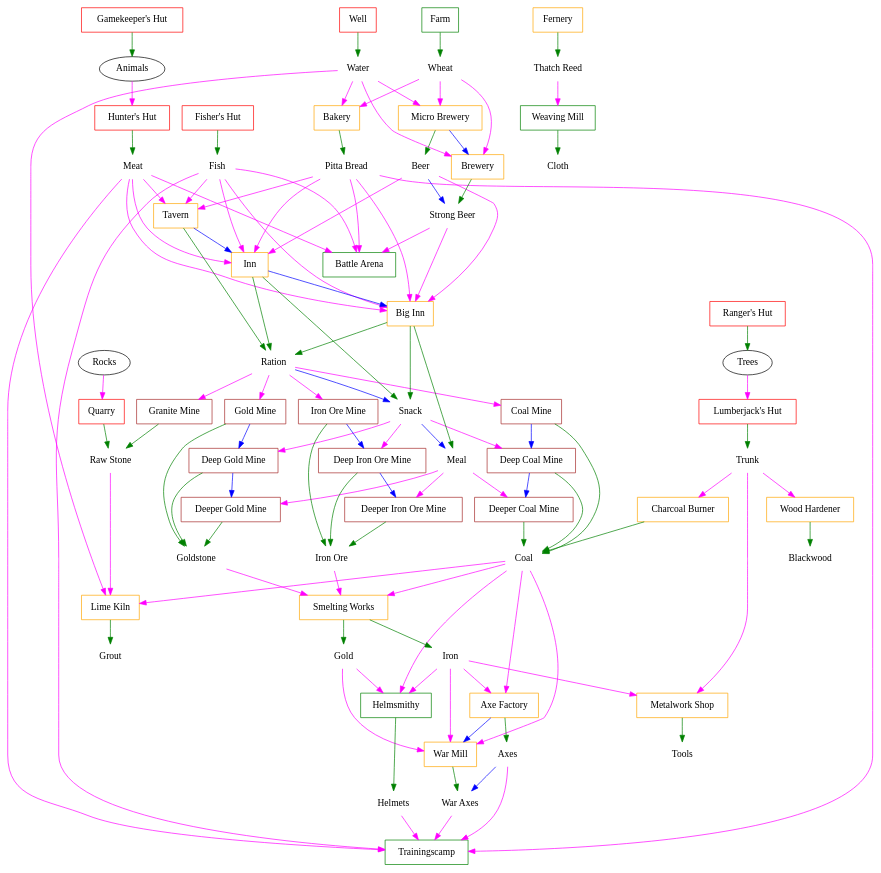
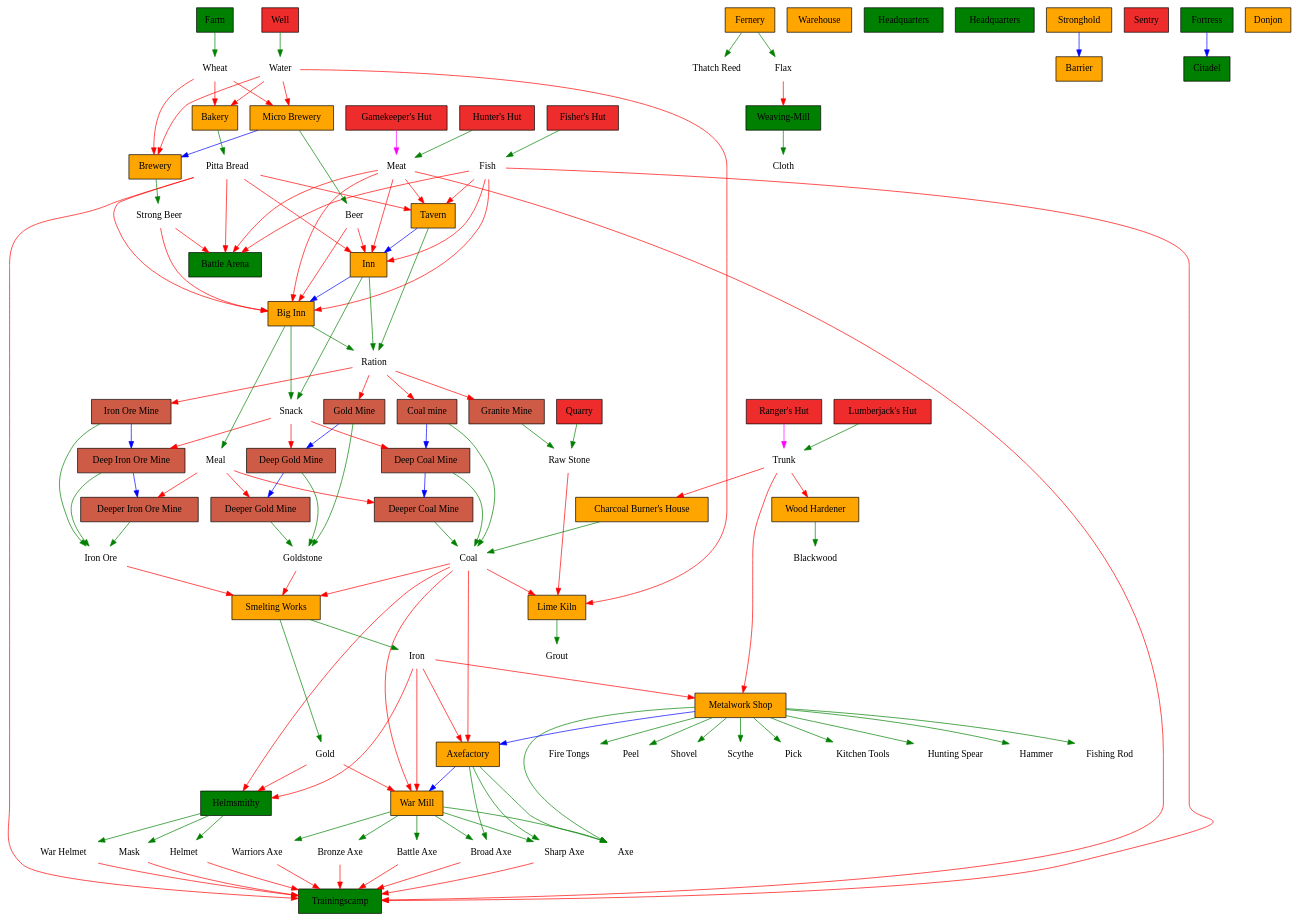
The diagram in barbarians.dot (rhdunn/widelands-techtree), drawn with Graphviz before and after one commit. The commit also changed 2 other files, not shown here.

Commit message:
Updated the dot files with the generated tech trees.

```diff
--- a/barbarians.dot
+++ b/barbarians.dot
@@ -1,213 +1,220 @@
-// Based on: http://wl.widelands.org/help/barbarians/buildings/
-
-digraph "Widelands Barbarians Tribe Tech Tree"
+digraph "Widelands arbarians Tribe Tech Tree"
 {
-	"Rocks" [shape=ellipse]
-	"Trees" [shape=ellipse]
-	"Animals" [shape=ellipse]
-
-	// wares
-
-	"Water" [shape=plaintext]
-	"Meat" [shape=plaintext]
-	"Fish" [shape=plaintext]
-	"Raw Stone" [shape=plaintext]
-	"Trunk" [shape=plaintext]
-	"Blackwood" [shape=plaintext]
-	"Thatch Reed" [shape=plaintext]
-	"Grout" [shape=plaintext]
-	"Wheat" [shape=plaintext]
-	"Pitta Bread" [shape=plaintext]
-	"Beer" [shape=plaintext]
-	"Strong Beer" [shape=plaintext]
-	"Coal" [shape=plaintext]
-	"Iron Ore" [shape=plaintext]
-	"Iron" [shape=plaintext]
-	"Goldstone" [shape=plaintext]
-	"Gold" [shape=plaintext]
-	"Ration" [shape=plaintext]
-	"Snack" [shape=plaintext]
-	"Meal" [shape=plaintext]
-	"Tools" [shape=plaintext]
-	"Axes" [shape=plaintext]
-	"War Axes" [shape=plaintext]
-	"Helmets" [shape=plaintext]
-	"Cloth" [shape=plaintext]
-
-	// small buildings
-
-	"Fisher's Hut" [shape=box, color=red]
-	"Gamekeeper's Hut" [shape=box, color=red]
-	"Hunter's Hut" [shape=box, color=red]
-	"Lumberjack's Hut" [shape=box, color=red]
-	"Quarry" [shape=box, color=red]
-	"Ranger's Hut" [shape=box, color=red]
-	"Well" [shape=box, color=red]
-
-	// medium buildings
-
-	"Axe Factory" [shape=box, color=orange]
-	"War Mill" [shape=box, color=orange]
-	"Bakery" [shape=box, color=orange]
-	"Charcoal Burner" [shape=box, color=orange]
-	"Wood Hardener" [shape=box, color=orange]
-	"Fernery" [shape=box, color=orange]
-	"Lime Kiln" [shape=box, color=orange]
-	"Metalwork Shop" [shape=box, color=orange]
-	"Micro Brewery" [shape=box, color=orange]
-	"Brewery" [shape=box, color=orange]
-	"Smelting Works" [shape=box, color=orange]
-	"Tavern" [shape=box, color=orange]
-	"Inn" [shape=box, color=orange]
-	"Big Inn" [shape=box, color=orange]
-
-	// large buildings
-
-	"Farm" [shape=box, color=green]
-	"Battle Arena" [shape=box, color=green]
-	"Weaving Mill" [shape=box, color=green]
-	"Helmsmithy" [shape=box, color=green]
-	"Trainingscamp" [shape=box, color=green]
-
-	// mines
-
-	"Coal Mine" [shape=box, color=brown]
-	"Gold Mine" [shape=box, color=brown]
-	"Granite Mine" [shape=box, color=brown]
-	"Iron Ore Mine" [shape=box, color=brown]
-
-	"Deep Coal Mine" [shape=box, color=brown]
-	"Deep Gold Mine" [shape=box, color=brown]
-	"Deep Iron Ore Mine" [shape=box, color=brown]
-
-	"Deeper Coal Mine" [shape=box, color=brown]
-	"Deeper Gold Mine" [shape=box, color=brown]
-	"Deeper Iron Ore Mine" [shape=box, color=brown]
-
-	// enhancements
-
-	"Beer" -> "Strong Beer" [color=blue]
-	"Ration" -> "Snack" -> "Meal" [color=blue]
-	"Axes" -> "War Axes" [color=blue]
-
-	"Micro Brewery" -> "Brewery" [color=blue]
-	"Tavern" -> "Inn" -> "Big Inn" [color=blue]
-	"Coal Mine" -> "Deep Coal Mine" -> "Deeper Coal Mine" [color=blue]
-	"Gold Mine" -> "Deep Gold Mine" -> "Deeper Gold Mine" [color=blue]
-	"Iron Ore Mine" -> "Deep Iron Ore Mine" -> "Deeper Iron Ore Mine" [color=blue]
-	"Axe Factory" -> "War Mill" [color=blue]
-
-	// produces
-
-	"Fisher's Hut" -> "Fish" [color=green]
-	"Gamekeeper's Hut" -> "Animals" [color=green]
-	"Hunter's Hut" -> "Meat" [color=green]
-	"Lumberjack's Hut" -> "Trunk" [color=green]
-	"Quarry" -> "Raw Stone" [color=green]
-	"Ranger's Hut" -> "Trees" [color=green]
-	"Well" -> "Water" [color=green]
-
-	"Axe Factory" -> "Axes" [color=green]
-	"War Mill" -> "War Axes" [color=green]
-	"Bakery" -> "Pitta Bread" [color=green]
-	"Charcoal Burner" -> "Coal" [color=green]
-	"Wood Hardener" -> "Blackwood" [color=green]
-	"Fernery" -> "Thatch Reed" [color=green]
-	"Lime Kiln" -> "Grout" [color=green]
-	"Metalwork Shop" -> "Tools" [color=green]
-	"Micro Brewery" -> "Beer" [color=green]
-	"Brewery" -> "Strong Beer" [color=green]
-	"Smelting Works" -> "Iron" [color=green]
-	"Smelting Works" -> "Gold" [color=green]
-	"Tavern" -> "Ration" [color=green]
-	"Inn" -> "Ration" [color=green]
-	"Inn" -> "Snack" [color=green]
-	"Big Inn" -> "Ration" [color=green]
-	"Big Inn" -> "Snack" [color=green]
-	"Big Inn" -> "Meal" [color=green]
-
-	"Farm" -> "Wheat" [color=green]
-	"Helmsmithy" -> "Helmets" [color=green]
-	"Weaving Mill" -> "Cloth" [color=green]
-
-	"Coal Mine" -> "Coal" [color=green]
-	"Gold Mine" -> "Goldstone" [color=green]
-	"Granite Mine" -> "Raw Stone" [color=green]
-	"Iron Ore Mine" -> "Iron Ore" [color=green]
-
-	"Deep Coal Mine" -> "Coal" [color=green]
-	"Deep Gold Mine" -> "Goldstone" [color=green]
-	"Deep Iron Ore Mine" -> "Iron Ore" [color=green]
-
-	"Deeper Coal Mine" -> "Coal" [color=green]
-	"Deeper Gold Mine" -> "Goldstone" [color=green]
-	"Deeper Iron Ore Mine" -> "Iron Ore" [color=green]
-
-	// consumes
-
-	"Trees" -> "Lumberjack's Hut" [color=magenta]
-	"Animals" -> "Hunter's Hut" [color=magenta]
-	"Rocks" -> "Quarry" [color=magenta]
-
-	"Iron" -> "Axe Factory" [color=magenta]
-	"Coal" -> "Axe Factory" [color=magenta]
-	"Gold" -> "War Mill" [color=magenta]
-	"Iron" -> "War Mill" [color=magenta]
-	"Coal" -> "War Mill" [color=magenta]
-	"Wheat" -> "Bakery" [color=magenta]
-	"Water" -> "Bakery" [color=magenta]
-	"Trunk" -> "Charcoal Burner" [color=magenta]
-	"Trunk" -> "Wood Hardener" [color=magenta]
-	"Raw Stone" -> "Lime Kiln" [color=magenta]
-	"Water" -> "Lime Kiln" [color=magenta]
-	"Coal" -> "Lime Kiln" [color=magenta]
-	"Trunk" -> "Metalwork Shop" [color=magenta]
-	"Iron" -> "Metalwork Shop" [color=magenta]
-	"Wheat" -> "Micro Brewery" [color=magenta]
-	"Water" -> "Micro Brewery" [color=magenta]
-	"Wheat" -> "Brewery" [color=magenta]
-	"Water" -> "Brewery" [color=magenta]
-	"Goldstone" -> "Smelting Works" [color=magenta]
-	"Iron Ore" -> "Smelting Works" [color=magenta]
-	"Coal" -> "Smelting Works" [color=magenta]
-	"Fish" -> "Tavern" [color=magenta]
-	"Meat" -> "Tavern" [color=magenta]
-	"Pitta Bread" -> "Tavern" [color=magenta]
-	"Fish" -> "Inn" [color=magenta]
-	"Meat" -> "Inn" [color=magenta]
-	"Beer" -> "Inn" [color=magenta]
-	"Pitta Bread" -> "Inn" [color=magenta]
-	"Fish" -> "Big Inn" [color=magenta]
-	"Meat" -> "Big Inn" [color=magenta]
-	"Beer" -> "Big Inn" [color=magenta]
-	"Strong Beer" -> "Big Inn" [color=magenta]
-	"Pitta Bread" -> "Big Inn" [color=magenta]
-
-	"Fish" -> "Battle Arena" [color=magenta]
-	"Meat" -> "Battle Arena" [color=magenta]
-	"Pitta Bread" -> "Battle Arena" [color=magenta]
-	"Strong Beer" -> "Battle Arena" [color=magenta]
-	"Thatch Reed" -> "Weaving Mill" [color=magenta]
-	"Gold" -> "Helmsmithy" [color=magenta]
-	"Iron" -> "Helmsmithy" [color=magenta]
-	"Coal" -> "Helmsmithy" [color=magenta]
-	"Fish" -> "Trainingscamp" [color=magenta]
-	"Meat" -> "Trainingscamp" [color=magenta]
-	"Pitta Bread" -> "Trainingscamp" [color=magenta]
-	"Helmets" -> "Trainingscamp" [color=magenta]
-	"Axes" -> "Trainingscamp" [color=magenta]
-	"War Axes" -> "Trainingscamp" [color=magenta]
-
-	"Ration" -> "Coal Mine" [color=magenta]
-	"Ration" -> "Gold Mine" [color=magenta]
-	"Ration" -> "Granite Mine" [color=magenta]
-	"Ration" -> "Iron Ore Mine" [color=magenta]
-
-	"Snack" -> "Deep Coal Mine" [color=magenta]
-	"Snack" -> "Deep Gold Mine" [color=magenta]
-	"Snack" -> "Deep Iron Ore Mine" [color=magenta]
-
-	"Meal" -> "Deeper Coal Mine" [color=magenta]
-	"Meal" -> "Deeper Gold Mine" [color=magenta]
-	"Meal" -> "Deeper Iron Ore Mine" [color=magenta]
+	"wheat" [shape=plaintext, label="Wheat"]
+	"water" [shape=plaintext, label="Water"]
+	"warriorsaxe" [shape=plaintext, label="Warriors Axe"]
+	"warhelmet" [shape=plaintext, label="War Helmet"]
+	"trunk" [shape=plaintext, label="Trunk"]
+	"thatchreed" [shape=plaintext, label="Thatch Reed"]
+	"strongbeer" [shape=plaintext, label="Strong Beer"]
+	"snack" [shape=plaintext, label="Snack"]
+	"shovel" [shape=plaintext, label="Shovel"]
+	"sharpaxe" [shape=plaintext, label="Sharp Axe"]
+	"scythe" [shape=plaintext, label="Scythe"]
+	"raw_stone" [shape=plaintext, label="Raw Stone"]
+	"ration" [shape=plaintext, label="Ration"]
+	"pittabread" [shape=plaintext, label="Pitta Bread"]
+	"pick" [shape=plaintext, label="Pick"]
+	"meat" [shape=plaintext, label="Meat"]
+	"meal" [shape=plaintext, label="Meal"]
+	"mask" [shape=plaintext, label="Mask"]
+	"kitchen_tools" [shape=plaintext, label="Kitchen Tools"]
+	"ironore" [shape=plaintext, label="Iron Ore"]
+	"iron" [shape=plaintext, label="Iron"]
+	"hunting_spear" [shape=plaintext, label="Hunting Spear"]
+	"helm" [shape=plaintext, label="Helmet"]
+	"hammer" [shape=plaintext, label="Hammer"]
+	"grout" [shape=plaintext, label="Grout"]
+	"goldstone" [shape=plaintext, label="Goldstone"]
+	"gold" [shape=plaintext, label="Gold"]
+	"flax" [shape=plaintext, label="Flax"]
+	"fishing_rod" [shape=plaintext, label="Fishing Rod"]
+	"fish" [shape=plaintext, label="Fish"]
+	"fire_tongs" [shape=plaintext, label="Fire Tongs"]
+	"coal" [shape=plaintext, label="Coal"]
+	"cloth" [shape=plaintext, label="Cloth"]
+	"bronzeaxe" [shape=plaintext, label="Bronze Axe"]
+	"broadaxe" [shape=plaintext, label="Broad Axe"]
+	"blackwood" [shape=plaintext, label="Blackwood"]
+	"beer" [shape=plaintext, label="Beer"]
+	"battleaxe" [shape=plaintext, label="Battle Axe"]
+	"bakingtray" [shape=plaintext, label="Peel"]
+	"axe" [shape=plaintext, label="Axe"]
+	"well" [shape=box, style=filled, fillcolor=firebrick2, label="Well"]
+	"well" -> "water" [color=green]
+	"weaving-mill" [shape=box, style=filled, fillcolor=green, label="Weaving-Mill"]
+	"flax" -> "weaving-mill" [color=red]
+	"weaving-mill" -> "cloth" [color=green]
+	"tavern" [shape=box, style=filled, fillcolor=orange, label="Tavern"]
+	"meat" -> "tavern" [color=red]
+	"pittabread" -> "tavern" [color=red]
+	"fish" -> "tavern" [color=red]
+	"tavern" -> "ration" [color=green]
+	"tavern" -> "inn" [color=blue]
+	"smelting_works" [shape=box, style=filled, fillcolor=orange, label="Smelting Works"]
+	"coal" -> "smelting_works" [color=red]
+	"goldstone" -> "smelting_works" [color=red]
+	"ironore" -> "smelting_works" [color=red]
+	"smelting_works" -> "gold" [color=green]
+	"smelting_works" -> "iron" [color=green]
+	"rangers_hut" [shape=box, style=filled, fillcolor=firebrick2, label="Ranger's Hut"]
+	"rangers_hut" -> "trunk" [color=magenta]
+	"quarry" [shape=box, style=filled, fillcolor=firebrick2, label="Quarry"]
+	"quarry" -> "raw_stone" [color=green]
+	"oremine" [shape=box, style=filled, fillcolor=coral3, label="Iron Ore Mine"]
+	"ration" -> "oremine" [color=red]
+	"oremine" -> "ironore" [color=green]
+	"oremine" -> "deep_oremine" [color=blue]
+	"micro-brewery" [shape=box, style=filled, fillcolor=orange, label="Micro Brewery"]
+	"wheat" -> "micro-brewery" [color=red]
+	"water" -> "micro-brewery" [color=red]
+	"micro-brewery" -> "beer" [color=green]
+	"micro-brewery" -> "brewery" [color=blue]
+	"metalworks" [shape=box, style=filled, fillcolor=orange, label="Metalwork Shop"]
+	"trunk" -> "metalworks" [color=red]
+	"iron" -> "metalworks" [color=red]
+	"metalworks" -> "hunting_spear" [color=green]
+	"metalworks" -> "shovel" [color=green]
+	"metalworks" -> "scythe" [color=green]
+	"metalworks" -> "pick" [color=green]
+	"metalworks" -> "kitchen_tools" [color=green]
+	"metalworks" -> "hammer" [color=green]
+	"metalworks" -> "fishing_rod" [color=green]
+	"metalworks" -> "fire_tongs" [color=green]
+	"metalworks" -> "bakingtray" [color=green]
+	"metalworks" -> "axe" [color=green]
+	"metalworks" -> "axefactory" [color=blue]
+	"lumberjacks_hut" [shape=box, style=filled, fillcolor=firebrick2, label="Lumberjack's Hut"]
+	"lumberjacks_hut" -> "trunk" [color=green]
+	"lime_kiln" [shape=box, style=filled, fillcolor=orange, label="Lime Kiln"]
+	"coal" -> "lime_kiln" [color=red]
+	"water" -> "lime_kiln" [color=red]
+	"raw_stone" -> "lime_kiln" [color=red]
+	"lime_kiln" -> "grout" [color=green]
+	"inn" [shape=box, style=filled, fillcolor=orange, label="Inn"]
+	"beer" -> "inn" [color=red]
+	"meat" -> "inn" [color=red]
+	"pittabread" -> "inn" [color=red]
+	"fish" -> "inn" [color=red]
+	"inn" -> "snack" [color=green]
+	"inn" -> "ration" [color=green]
+	"inn" -> "big_inn" [color=blue]
+	"hunters_hut" [shape=box, style=filled, fillcolor=firebrick2, label="Hunter's Hut"]
+	"hunters_hut" -> "meat" [color=green]
+	"helmsmithy" [shape=box, style=filled, fillcolor=green, label="Helmsmithy"]
+	"coal" -> "helmsmithy" [color=red]
+	"gold" -> "helmsmithy" [color=red]
+	"iron" -> "helmsmithy" [color=red]
+	"helmsmithy" -> "warhelmet" [color=green]
+	"helmsmithy" -> "mask" [color=green]
+	"helmsmithy" -> "helm" [color=green]
+	"hardener" [shape=box, style=filled, fillcolor=orange, label="Wood Hardener"]
+	"trunk" -> "hardener" [color=red]
+	"hardener" -> "blackwood" [color=green]
+	"granitemine" [shape=box, style=filled, fillcolor=coral3, label="Granite Mine"]
+	"ration" -> "granitemine" [color=red]
+	"granitemine" -> "raw_stone" [color=green]
+	"goldmine" [shape=box, style=filled, fillcolor=coral3, label="Gold Mine"]
+	"ration" -> "goldmine" [color=red]
+	"goldmine" -> "goldstone" [color=green]
+	"goldmine" -> "deep_goldmine" [color=blue]
+	"gamekeepers_hut" [shape=box, style=filled, fillcolor=firebrick2, label="Gamekeeper's Hut"]
+	"gamekeepers_hut" -> "meat" [color=magenta]
+	"fishers_hut" [shape=box, style=filled, fillcolor=firebrick2, label="Fisher's Hut"]
+	"fishers_hut" -> "fish" [color=green]
+	"fernery" [shape=box, style=filled, fillcolor=orange, label="Fernery"]
+	"fernery" -> "thatchreed" [color=green]
+	"fernery" -> "flax" [color=green]
+	"farm" [shape=box, style=filled, fillcolor=green, label="Farm"]
+	"farm" -> "wheat" [color=green]
+	"deep_oremine" [shape=box, style=filled, fillcolor=coral3, label="Deep Iron Ore Mine"]
+	"snack" -> "deep_oremine" [color=red]
+	"deep_oremine" -> "ironore" [color=green]
+	"deep_oremine" -> "deeper_oremine" [color=blue]
+	"deep_goldmine" [shape=box, style=filled, fillcolor=coral3, label="Deep Gold Mine"]
+	"snack" -> "deep_goldmine" [color=red]
+	"deep_goldmine" -> "goldstone" [color=green]
+	"deep_goldmine" -> "deeper_goldmine" [color=blue]
+	"deeper_oremine" [shape=box, style=filled, fillcolor=coral3, label="Deeper Iron Ore Mine"]
+	"meal" -> "deeper_oremine" [color=red]
+	"deeper_oremine" -> "ironore" [color=green]
+	"deeper_goldmine" [shape=box, style=filled, fillcolor=coral3, label="Deeper Gold Mine"]
+	"meal" -> "deeper_goldmine" [color=red]
+	"deeper_goldmine" -> "goldstone" [color=green]
+	"coalmine" [shape=box, style=filled, fillcolor=coral3, label="Coal mine"]
+	"ration" -> "coalmine" [color=red]
+	"coalmine" -> "coal" [color=green]
+	"coalmine" -> "deep_coalmine" [color=blue]
+	"deep_coalmine" [shape=box, style=filled, fillcolor=coral3, label="Deep Coal Mine"]
+	"snack" -> "deep_coalmine" [color=red]
+	"deep_coalmine" -> "coal" [color=green]
+	"deep_coalmine" -> "deeper_coalmine" [color=blue]
+	"deeper_coalmine" [shape=box, style=filled, fillcolor=coral3, label="Deeper Coal Mine"]
+	"meal" -> "deeper_coalmine" [color=red]
+	"deeper_coalmine" -> "coal" [color=green]
+	"burners_house" [shape=box, style=filled, fillcolor=orange, label="Charcoal Burner's House"]
+	"trunk" -> "burners_house" [color=red]
+	"burners_house" -> "coal" [color=green]
+	"brewery" [shape=box, style=filled, fillcolor=orange, label="Brewery"]
+	"wheat" -> "brewery" [color=red]
+	"water" -> "brewery" [color=red]
+	"brewery" -> "strongbeer" [color=green]
+	"big_inn" [shape=box, style=filled, fillcolor=orange, label="Big Inn"]
+	"beer" -> "big_inn" [color=red]
+	"strongbeer" -> "big_inn" [color=red]
+	"meat" -> "big_inn" [color=red]
+	"pittabread" -> "big_inn" [color=red]
+	"fish" -> "big_inn" [color=red]
+	"big_inn" -> "meal" [color=green]
+	"big_inn" -> "snack" [color=green]
+	"big_inn" -> "ration" [color=green]
+	"bakery" [shape=box, style=filled, fillcolor=orange, label="Bakery"]
+	"water" -> "bakery" [color=red]
+	"wheat" -> "bakery" [color=red]
+	"bakery" -> "pittabread" [color=green]
+	"axefactory" [shape=box, style=filled, fillcolor=orange, label="Axefactory"]
+	"coal" -> "axefactory" [color=red]
+	"iron" -> "axefactory" [color=red]
+	"axefactory" -> "broadaxe" [color=green]
+	"axefactory" -> "sharpaxe" [color=green]
+	"axefactory" -> "axe" [color=green]
+	"axefactory" -> "warmill" [color=blue]
+	"warmill" [shape=box, style=filled, fillcolor=orange, label="War Mill"]
+	"gold" -> "warmill" [color=red]
+	"coal" -> "warmill" [color=red]
+	"iron" -> "warmill" [color=red]
+	"warmill" -> "warriorsaxe" [color=green]
+	"warmill" -> "battleaxe" [color=green]
+	"warmill" -> "bronzeaxe" [color=green]
+	"warmill" -> "broadaxe" [color=green]
+	"warmill" -> "sharpaxe" [color=green]
+	"warmill" -> "axe" [color=green]
+	"warehouse" [shape=box, style=filled, fillcolor=orange, label="Warehouse"]
+	"headquarters_interim" [shape=box, style=filled, fillcolor=green, label="Headquarters"]
+	"headquarters" [shape=box, style=filled, fillcolor=green, label="Headquarters"]
+	"stronghold" [shape=box, style=filled, fillcolor=orange, label="Stronghold"]
+	"stronghold" -> "barrier" [color=blue]
+	"sentry" [shape=box, style=filled, fillcolor=firebrick2, label="Sentry"]
+	"fortress" [shape=box, style=filled, fillcolor=green, label="Fortress"]
+	"fortress" -> "citadel" [color=blue]
+	"donjon" [shape=box, style=filled, fillcolor=orange, label="Donjon"]
+	"citadel" [shape=box, style=filled, fillcolor=green, label="Citadel"]
+	"barrier" [shape=box, style=filled, fillcolor=orange, label="Barrier"]
+	"trainingscamp" [shape=box, style=filled, fillcolor=green, label="Trainingscamp"]
+	"warhelmet" -> "trainingscamp" [color=red]
+	"mask" -> "trainingscamp" [color=red]
+	"helm" -> "trainingscamp" [color=red]
+	"warriorsaxe" -> "trainingscamp" [color=red]
+	"battleaxe" -> "trainingscamp" [color=red]
+	"bronzeaxe" -> "trainingscamp" [color=red]
+	"broadaxe" -> "trainingscamp" [color=red]
+	"sharpaxe" -> "trainingscamp" [color=red]
+	"meat" -> "trainingscamp" [color=red]
+	"fish" -> "trainingscamp" [color=red]
+	"pittabread" -> "trainingscamp" [color=red]
+	"battlearena" [shape=box, style=filled, fillcolor=green, label="Battle Arena"]
+	"strongbeer" -> "battlearena" [color=red]
+	"meat" -> "battlearena" [color=red]
+	"fish" -> "battlearena" [color=red]
+	"pittabread" -> "battlearena" [color=red]
 }
```
